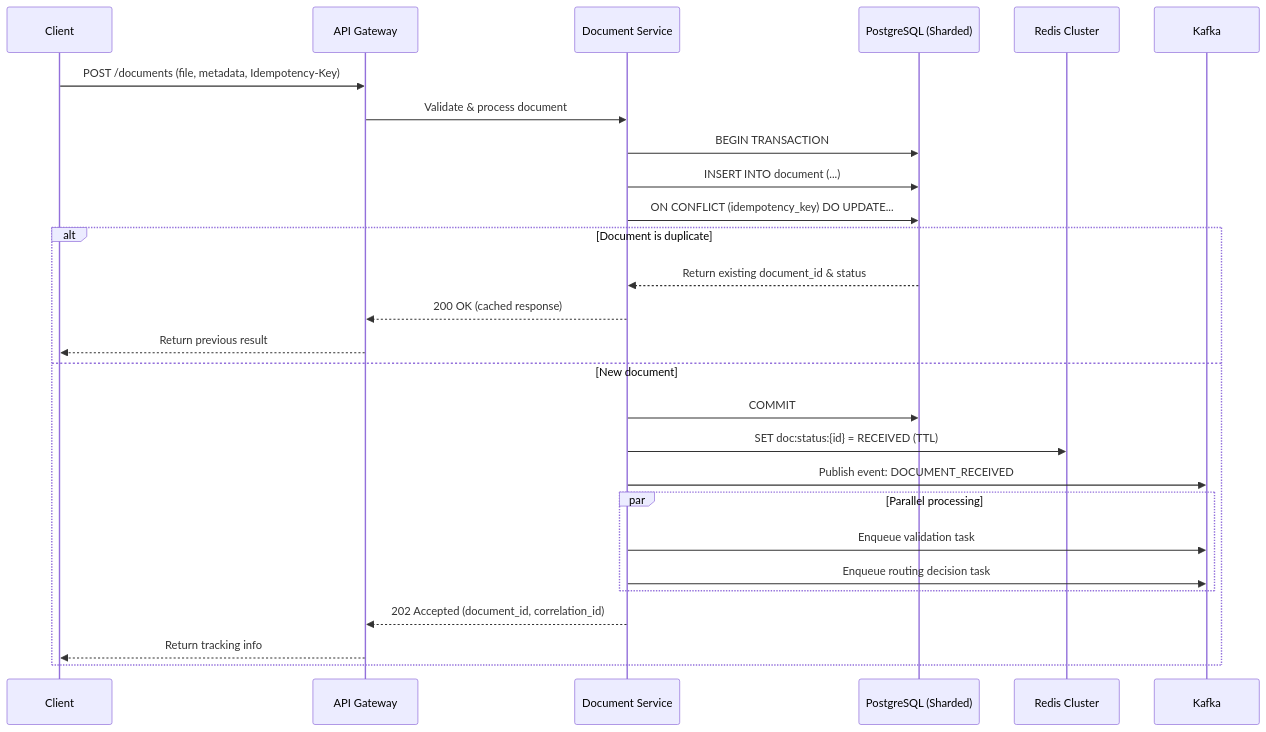
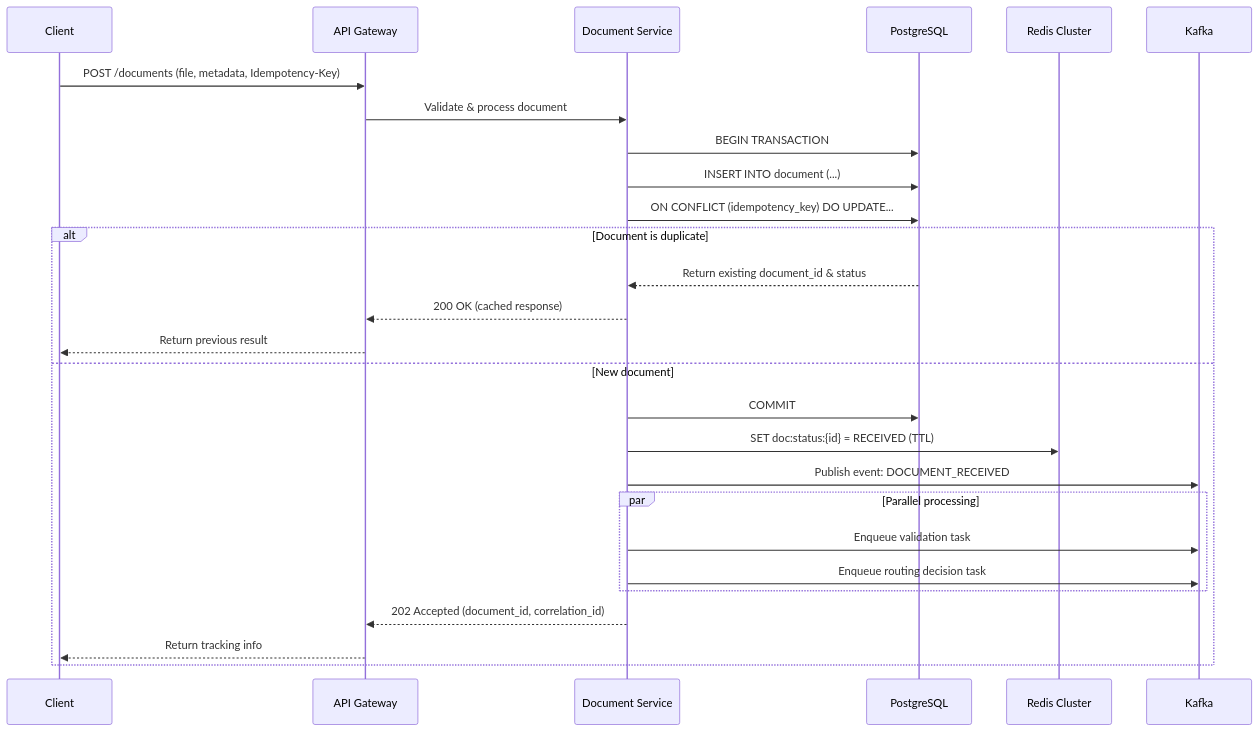
The second of 5 diagrams in dev-solution-documents.md (AlexanderScheqolev/DS_DDF), drawn with Mermaid before and after one commit. The commit also changed other lines of this file, not shown here.

Commit message:
Update dev-solution-documents.md
Пункт 1: Уберите шардирование PostgreSQL (как минимум осталось на диаграммах, но стоит проверить остальной текст ТР). Конкретно в вашей задаче это не нужно

````diff
--- a/dev-solution-documents.md
+++ b/dev-solution-documents.md
@@ -299,34 +299,34 @@
 ```mermaid
 sequenceDiagram
     participant Client
     participant API as API Gateway
     participant DocSvc as Document Service
-    participant DB as PostgreSQL (Sharded)
+    participant DB as PostgreSQL
     participant Cache as Redis Cluster
     participant Queue as Kafka
 
     Client->>API: POST /documents (file, metadata, Idempotency-Key)
     API->>DocSvc: Validate & process document
     
     DocSvc->>DB: BEGIN TRANSACTION
     DocSvc->>DB: INSERT INTO document (...) 
     DocSvc->>DB: ON CONFLICT (idempotency_key) DO UPDATE...
     
     alt Document is duplicate
         DB-->>DocSvc: Return existing document_id & status
         DocSvc-->>API: 200 OK (cached response)
         API-->>Client: Return previous result
     else New document
         DocSvc->>DB: COMMIT
         DocSvc->>Cache: SET doc:status:{id} = RECEIVED (TTL)
         DocSvc->>Queue: Publish event: DOCUMENT_RECEIVED
         
         par Parallel processing
             DocSvc->>Queue: Enqueue validation task
             DocSvc->>Queue: Enqueue routing decision task
         end
         
         DocSvc-->>API: 202 Accepted (document_id, correlation_id)
         API-->>Client: Return tracking info
     end
 ```
````
